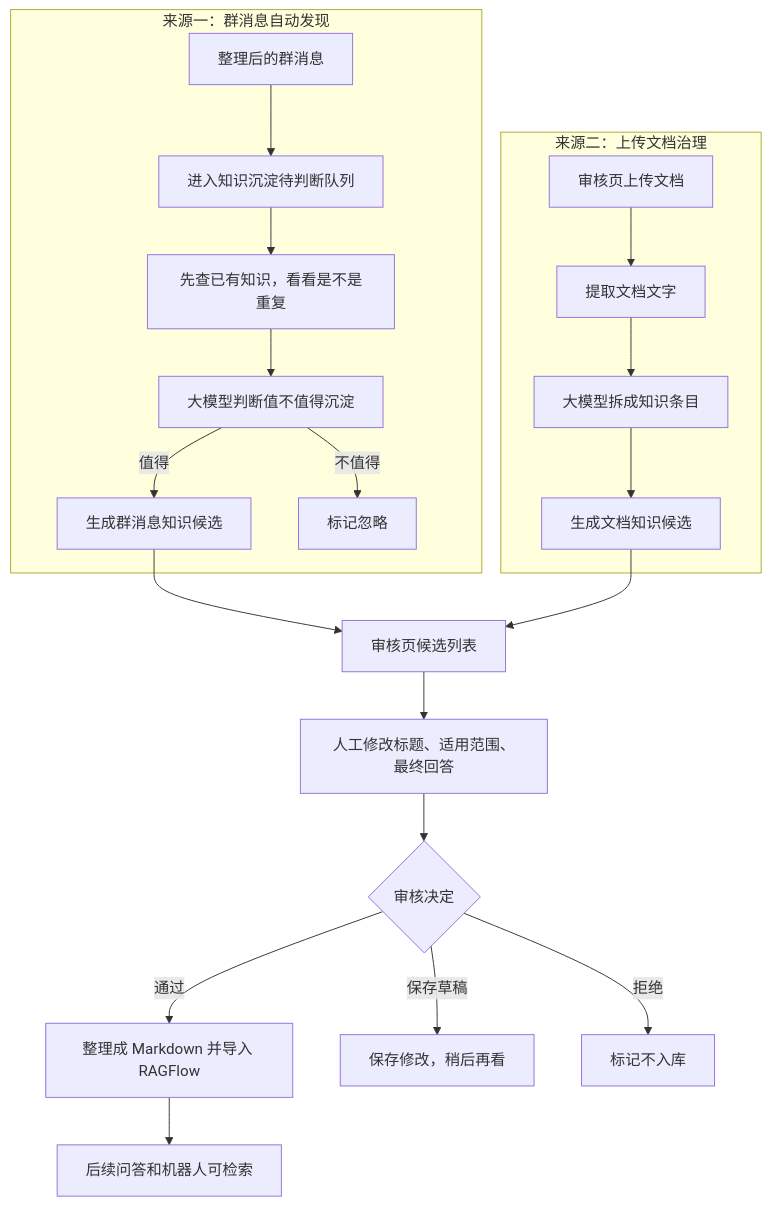
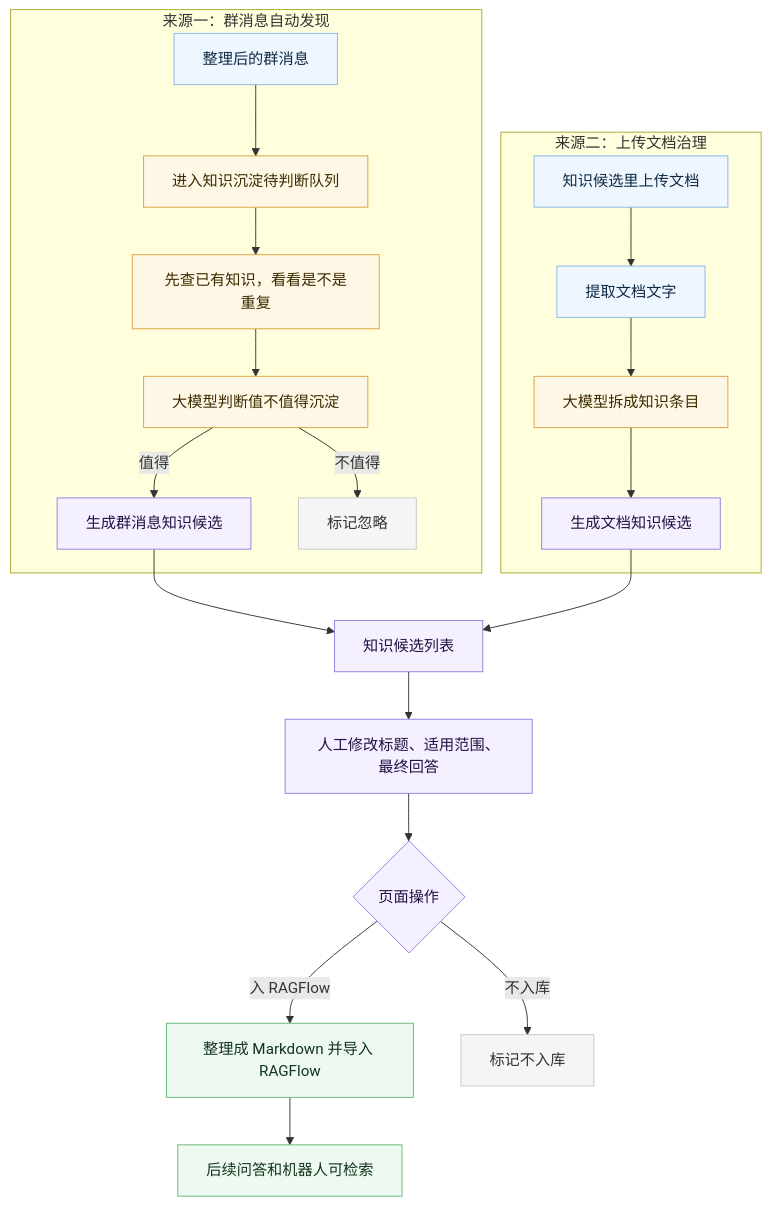
The third of 3 diagrams in flowbot-knowledge-data-flow.md (EthanScriptOn/ai_platform), drawn with Mermaid before and after one commit. The commit also changed other lines of this file, not shown here.

Commit message:
Update flowbot knowledge flow doc

````diff
--- a/flowbot-knowledge-data-flow.md
+++ b/flowbot-knowledge-data-flow.md
@@ -131,27 +148,38 @@
 ```mermaid
 flowchart TD
   subgraph groupSource[来源一：群消息自动发现]
     msg[整理后的群消息] --> waitJudge[进入知识沉淀待判断队列]
     waitJudge --> judgeOld[先查已有知识，看看是不是重复]
     judgeOld --> judgeAi[大模型判断值不值得沉淀]
     judgeAi -->|值得| groupCandidate[生成群消息知识候选]
     judgeAi -->|不值得| groupIgnore[标记忽略]
   end
 
   subgraph docSource[来源二：上传文档治理]
-    upload[审核页上传文档] --> readText[提取文档文字]
+    upload[知识候选里上传文档] --> readText[提取文档文字]
     readText --> splitByAi[大模型拆成知识条目]
     splitByAi --> docCandidate[生成文档知识候选]
   end
 
-  groupCandidate --> reviewList[审核页候选列表]
+  groupCandidate --> reviewList[知识候选列表]
   docCandidate --> reviewList
   reviewList --> edit[人工修改标题、适用范围、最终回答]
-  edit --> decision{审核决定}
+  edit --> decision{页面操作}
 
-  decision -->|通过| importRagflow[整理成 Markdown 并导入 RAGFlow]
-  decision -->|保存草稿| saveDraft[保存修改，稍后再看]
-  decision -->|拒绝| reject[标记不入库]
+  decision -->|入 RAGFlow| importRagflow[整理成 Markdown 并导入 RAGFlow]
+  decision -->|不入库| reject[标记不入库]
 
   importRagflow --> qa[后续问答和机器人可检索]
+
+  classDef sourceLine fill:#eef6ff,stroke:#8bb7e0,color:#102a43;
+  classDef aiLine fill:#fff7e6,stroke:#d9a441,color:#3d2b00;
+  classDef reviewLine fill:#f4f0ff,stroke:#9b7de3,color:#241044;
+  classDef resultLine fill:#eefaf1,stroke:#67b77a,color:#12351d;
+  classDef muted fill:#f5f5f5,stroke:#c9c9c9,color:#333;
+
+  class msg,upload,readText sourceLine;
+  class waitJudge,judgeOld,judgeAi,splitByAi aiLine;
+  class groupCandidate,docCandidate,reviewList,edit,decision reviewLine;
+  class importRagflow,qa resultLine;
+  class groupIgnore,reject muted;
 ```
````
